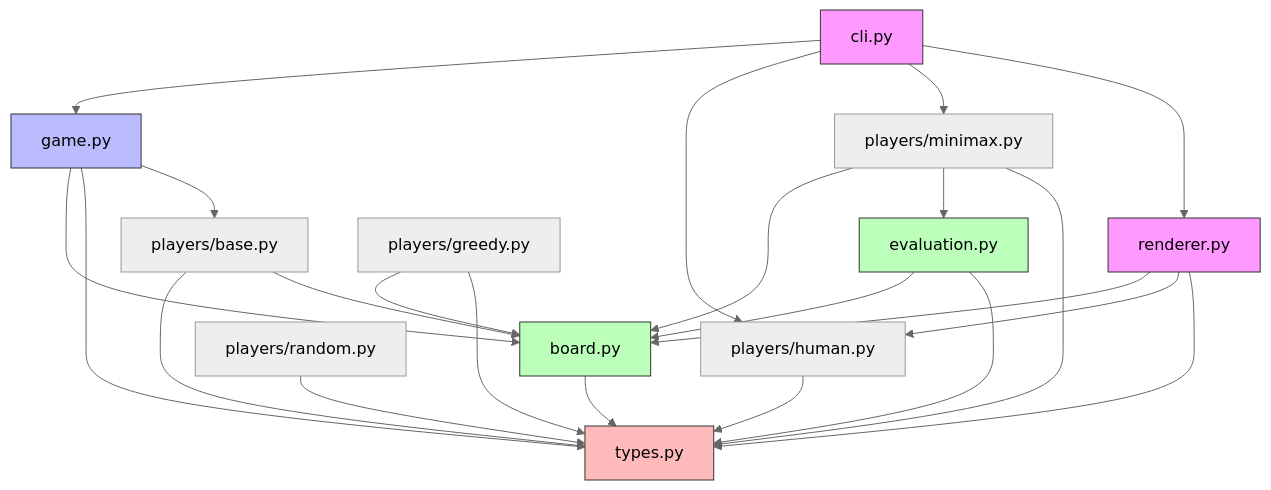
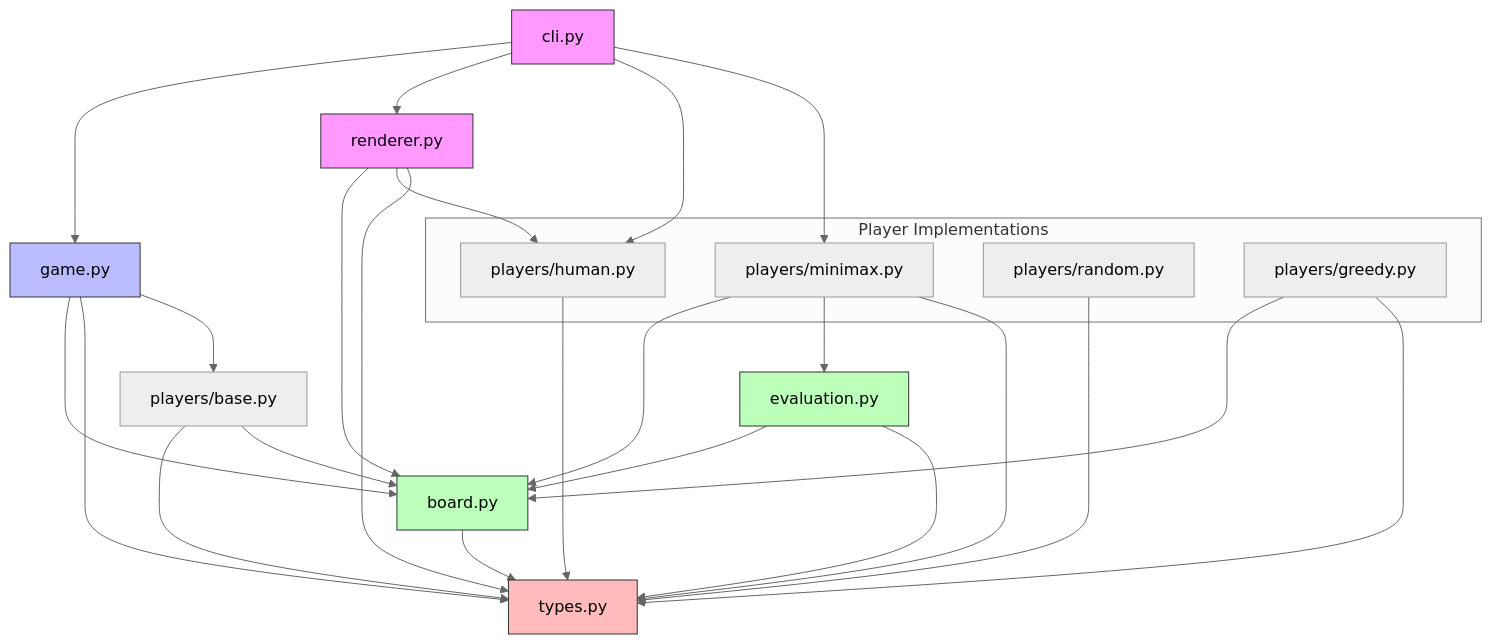
Before and after one commit to tavakolia/connect4: the first of 2 diagrams in docs/superpowers/specs/2026-04-12-connect4-design.md, drawn with Mermaid (neutral theme).

Commit message:
Docs: group Player Implementations in dependency graph

````diff
--- a/docs/superpowers/specs/2026-04-12-connect4-design.md
+++ b/docs/superpowers/specs/2026-04-12-connect4-design.md
@@ -72,32 +72,47 @@
 ```mermaid
 graph TD
     CLI[cli.py] --> Game[game.py]
-    CLI --> HumanPlayer[players/human.py]
-    CLI --> MinimaxPlayer[players/minimax.py]
     CLI --> Renderer[renderer.py]
+    CLI --> HumanPlayer
+    CLI --> MinimaxPlayer
+    
+    subgraph Player Implementations
+        HumanPlayer[players/human.py]
+        MinimaxPlayer[players/minimax.py]
+        RandomPlayer[players/random.py]
+        GreedyPlayer[players/greedy.py]
+    end
+
     Renderer --> Board
     Renderer --> HumanPlayer
     Renderer --> Types
+    
     Game --> Board[board.py]
     Game --> Types[types.py]
     Game --> PlayerProtocol[players/base.py]
+    
     MinimaxPlayer --> Board
     MinimaxPlayer --> Evaluation[evaluation.py]
     MinimaxPlayer --> Types
+    
     HumanPlayer --> Types
-    RandomPlayer[players/random.py] --> Types
-    GreedyPlayer[players/greedy.py] --> Board
+    
+    RandomPlayer --> Types
+    GreedyPlayer --> Board
     GreedyPlayer --> Types
+    
     Evaluation --> Board
     Evaluation --> Types
+    
     Board --> Types
+    
     PlayerProtocol --> Types
     PlayerProtocol --> Board
 
     style CLI fill:#f9f,stroke:#333
     style Renderer fill:#f9f,stroke:#333
     style Game fill:#bbf,stroke:#333
     style Board fill:#bfb,stroke:#333
     style Evaluation fill:#bfb,stroke:#333
     style Types fill:#fbb,stroke:#333
 ```
````
